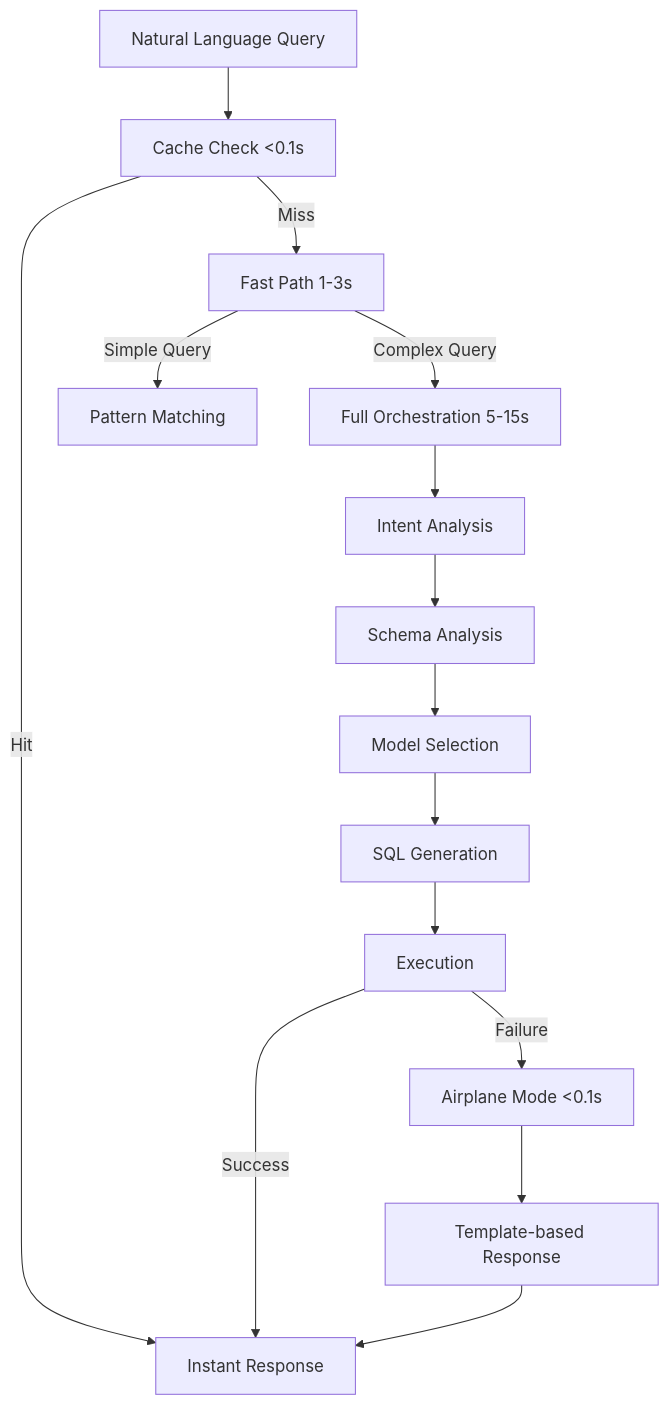
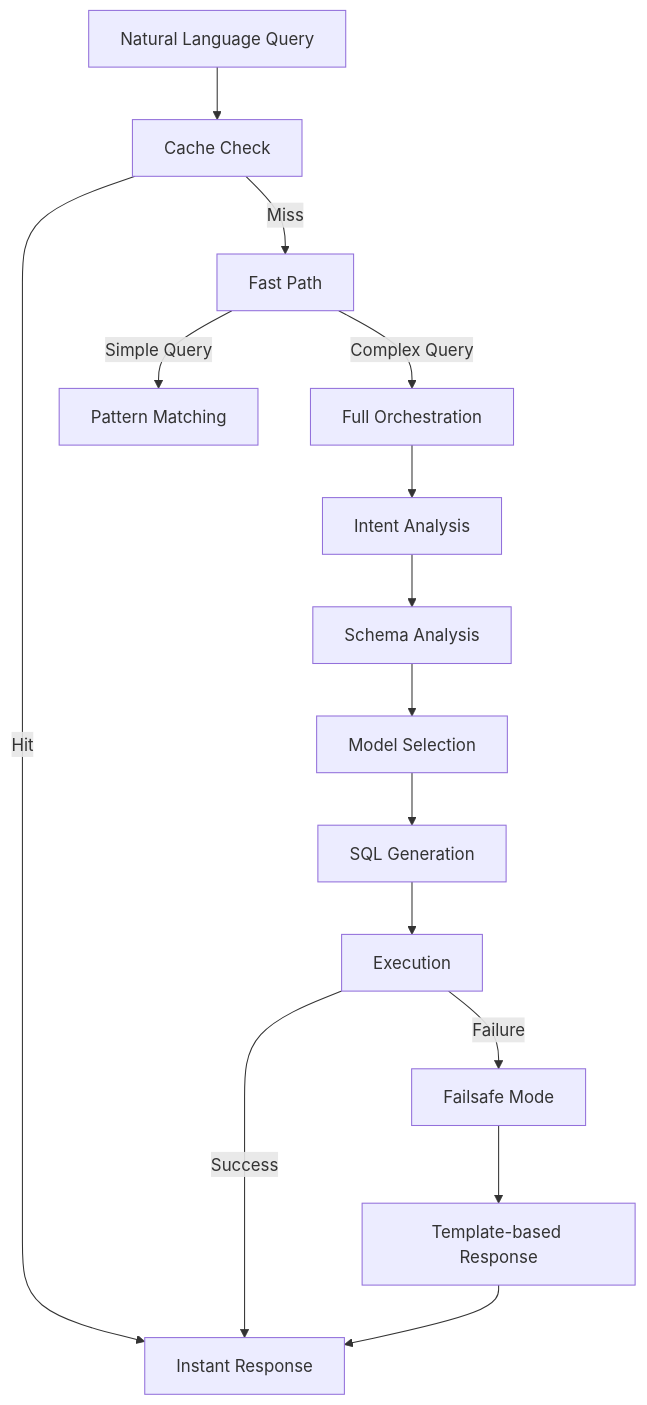
Before and after one commit to shyamsridhar123/GradioNL2SQL: the diagram in README.md, drawn with Mermaid.

Commit message:
cleanup mermaid syntax in README

````diff
--- a/README.md
+++ b/README.md
@@ -33,17 +33,17 @@
 ```mermaid
 graph TD
-    A[Natural Language Query] --> B[Cache Check <0.1s]
+    A[Natural Language Query] --> B[Cache Check]
     B -->|Hit| Z[Instant Response]
-    B -->|Miss| C[Fast Path 1-3s]
+    B -->|Miss| C[Fast Path]
     C -->|Simple Query| D[Pattern Matching]
-    C -->|Complex Query| E[Full Orchestration 5-15s]
+    C -->|Complex Query| E[Full Orchestration]
     E --> F[Intent Analysis]
     F --> G[Schema Analysis] 
     G --> H[Model Selection]
     H --> I[SQL Generation]
     I --> J[Execution]
     J -->|Success| Z
-    J -->|Failure| K[Airplane Mode <0.1s]
+    J -->|Failure| K[Failsafe Mode]
     K --> L[Template-based Response]
     L --> Z
 ```
````
